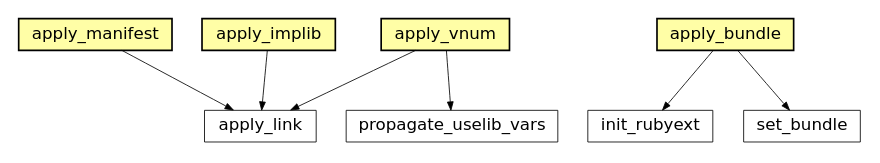
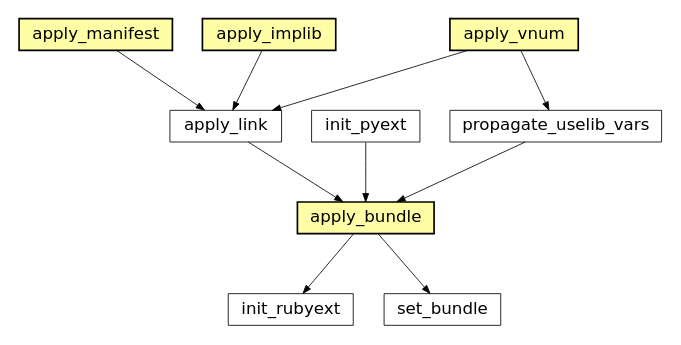
The sixth of 45 diagrams in docs/sphinx/featuremap.rst (electronicvisions/waf), drawn with Graphviz before and after one commit. The commit also changed other lines of this file and 1 other file, not shown here.

```diff
--- a/docs/sphinx/featuremap.rst
+++ b/docs/sphinx/featuremap.rst
@@ -198,19 +291,23 @@
 .. graphviz::
 
 	digraph feature_cshlib {
 		size="8.0, 12.0";
-		apply_manifest [style="setlinewidth(0.5)",URL="tools/msvc.html#waflib.Tools.msvc.apply_manifest",target="_top",fontname="Vera Sans, DejaVu Sans, Liberation Sans, Arial, Helvetica, sans",height=0.25,shape="rectangle",fontsize=10,fillcolor="#fffea6",style=filled];
-		apply_link [style="setlinewidth(0.5)",URL="tools/ccroot.html#waflib.Tools.ccroot.apply_link",target="_top",fontname="Vera Sans, DejaVu Sans, Liberation Sans, Arial, Helvetica, sans",height=0.25,shape="rectangle",fontsize=10];
-		apply_implib [style="setlinewidth(0.5)",URL="tools/ccroot.html#waflib.Tools.ccroot.apply_implib",target="_top",fontname="Vera Sans, DejaVu Sans, Liberation Sans, Arial, Helvetica, sans",height=0.25,shape="rectangle",fontsize=10,fillcolor="#fffea6",style=filled];
-		init_rubyext [style="setlinewidth(0.5)",URL="tools/ruby.html#waflib.Tools.ruby.init_rubyext",target="_top",fontname="Vera Sans, DejaVu Sans, Liberation Sans, Arial, Helvetica, sans",height=0.25,shape="rectangle",fontsize=10];
-		set_bundle [style="setlinewidth(0.5)",URL="tools/python.html#waflib.Tools.python.set_bundle",target="_top",fontname="Vera Sans, DejaVu Sans, Liberation Sans, Arial, Helvetica, sans",height=0.25,shape="rectangle",fontsize=10];
-		propagate_uselib_vars [style="setlinewidth(0.5)",URL="tools/ccroot.html#waflib.Tools.ccroot.propagate_uselib_vars",target="_top",fontname="Vera Sans, DejaVu Sans, Liberation Sans, Arial, Helvetica, sans",height=0.25,shape="rectangle",fontsize=10];
-		apply_vnum [style="setlinewidth(0.5)",URL="tools/ccroot.html#waflib.Tools.ccroot.apply_vnum",target="_top",fontname="Vera Sans, DejaVu Sans, Liberation Sans, Arial, Helvetica, sans",height=0.25,shape="rectangle",fontsize=10,fillcolor="#fffea6",style=filled];
-		apply_bundle [style="setlinewidth(0.5)",URL="tools/c_osx.html#waflib.Tools.c_osx.apply_bundle",target="_top",fontname="Vera Sans, DejaVu Sans, Liberation Sans, Arial, Helvetica, sans",height=0.25,shape="rectangle",fontsize=10,fillcolor="#fffea6",style=filled];
-		"apply_implib" -> "apply_link" [arrowsize=0.5,style="setlinewidth(0.5)"];
+		"apply_manifest" [style="setlinewidth(0.5)",URL="tools/msvc.html#waflib.Tools.msvc.apply_manifest",target="_top",fontname="Vera Sans, DejaVu Sans, Liberation Sans, Arial, Helvetica, sans",height=0.25,shape="rectangle",fontsize=10,fillcolor="#fffea6",style=filled];
+		"apply_link" [style="setlinewidth(0.5)",URL="tools/ccroot.html#waflib.Tools.ccroot.apply_link",target="_top",fontname="Vera Sans, DejaVu Sans, Liberation Sans, Arial, Helvetica, sans",height=0.25,shape="rectangle",fontsize=10];
+		"init_pyext" [style="setlinewidth(0.5)",URL="tools/python.html#waflib.Tools.python.init_pyext",target="_top",fontname="Vera Sans, DejaVu Sans, Liberation Sans, Arial, Helvetica, sans",height=0.25,shape="rectangle",fontsize=10];
+		"apply_implib" [style="setlinewidth(0.5)",URL="tools/ccroot.html#waflib.Tools.ccroot.apply_implib",target="_top",fontname="Vera Sans, DejaVu Sans, Liberation Sans, Arial, Helvetica, sans",height=0.25,shape="rectangle",fontsize=10,fillcolor="#fffea6",style=filled];
+		"init_rubyext" [style="setlinewidth(0.5)",URL="tools/ruby.html#waflib.Tools.ruby.init_rubyext",target="_top",fontname="Vera Sans, DejaVu Sans, Liberation Sans, Arial, Helvetica, sans",height=0.25,shape="rectangle",fontsize=10];
+		"set_bundle" [style="setlinewidth(0.5)",URL="tools/python.html#waflib.Tools.python.set_bundle",target="_top",fontname="Vera Sans, DejaVu Sans, Liberation Sans, Arial, Helvetica, sans",height=0.25,shape="rectangle",fontsize=10];
+		"propagate_uselib_vars" [style="setlinewidth(0.5)",URL="tools/ccroot.html#waflib.Tools.ccroot.propagate_uselib_vars",target="_top",fontname="Vera Sans, DejaVu Sans, Liberation Sans, Arial, Helvetica, sans",height=0.25,shape="rectangle",fontsize=10];
+		"apply_vnum" [style="setlinewidth(0.5)",URL="tools/ccroot.html#waflib.Tools.ccroot.apply_vnum",target="_top",fontname="Vera Sans, DejaVu Sans, Liberation Sans, Arial, Helvetica, sans",height=0.25,shape="rectangle",fontsize=10,fillcolor="#fffea6",style=filled];
+		"apply_bundle" [style="setlinewidth(0.5)",URL="tools/c_osx.html#waflib.Tools.c_osx.apply_bundle",target="_top",fontname="Vera Sans, DejaVu Sans, Liberation Sans, Arial, Helvetica, sans",height=0.25,shape="rectangle",fontsize=10,fillcolor="#fffea6",style=filled];
+		"apply_bundle" -> "init_rubyext" [arrowsize=0.5,style="setlinewidth(0.5)"];
+		"apply_bundle" -> "set_bundle" [arrowsize=0.5,style="setlinewidth(0.5)"];
+		"apply_link" -> "apply_bundle" [arrowsize=0.5,style="setlinewidth(0.5)"];
+		"init_pyext" -> "apply_bundle" [arrowsize=0.5,style="setlinewidth(0.5)"];
 		"apply_vnum" -> "apply_link" [arrowsize=0.5,style="setlinewidth(0.5)"];
 		"apply_vnum" -> "propagate_uselib_vars" [arrowsize=0.5,style="setlinewidth(0.5)"];
 		"apply_manifest" -> "apply_link" [arrowsize=0.5,style="setlinewidth(0.5)"];
-		"apply_bundle" -> "init_rubyext" [arrowsize=0.5,style="setlinewidth(0.5)"];
-		"apply_bundle" -> "set_bundle" [arrowsize=0.5,style="setlinewidth(0.5)"];
+		"apply_implib" -> "apply_link" [arrowsize=0.5,style="setlinewidth(0.5)"];
+		"propagate_uselib_vars" -> "apply_bundle" [arrowsize=0.5,style="setlinewidth(0.5)"];
 	}
```
